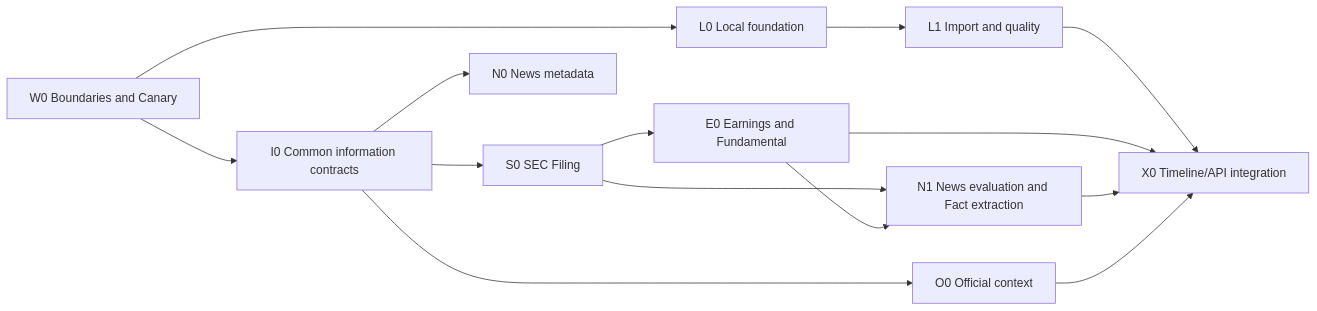
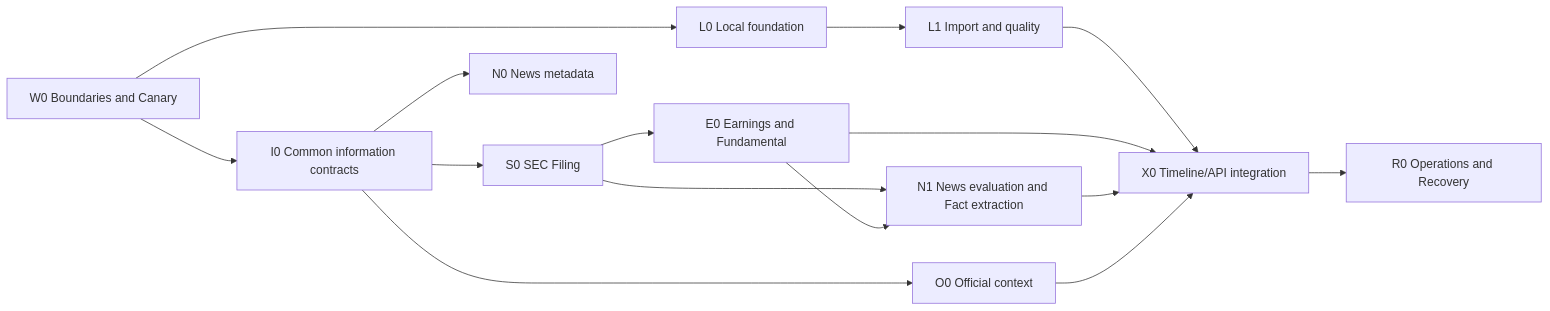
One commit to arnatoatadaink/OrderScope changed the diagram in docs/WORK_BREAKDOWN_LOCAL_CORPORATE_INTELLIGENCE_2026-09-03.md. Above: the diagram before and after it, drawn with Mermaid. The commit also changed other lines of this file, not shown here.

Commit message:
Incorporate operations recovery work and market-day gates

````diff
--- a/docs/WORK_BREAKDOWN_LOCAL_CORPORATE_INTELLIGENCE_2026-09-03.md
+++ b/docs/WORK_BREAKDOWN_LOCAL_CORPORATE_INTELLIGENCE_2026-09-03.md
@@ -44,16 +55,17 @@
 ```mermaid
 flowchart LR
     A[W0 Boundaries and Canary] --> B[L0 Local foundation]
     A --> C[I0 Common information contracts]
     B --> D[L1 Import and quality]
     C --> E[S0 SEC Filing]
     E --> F[E0 Earnings and Fundamental]
     C --> G[N0 News metadata]
     E --> H[N1 News evaluation and Fact extraction]
     F --> H
     C --> I[O0 Official context]
     D --> J[X0 Timeline/API integration]
     F --> J
     H --> J
     I --> J
+    J --> K[R0 Operations and Recovery]
 ```
````
